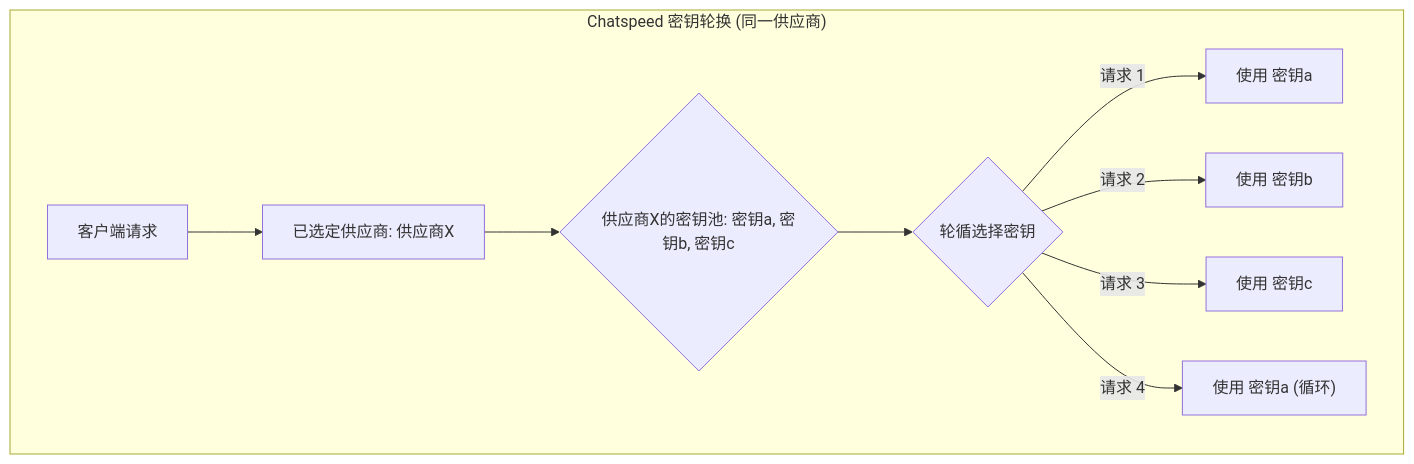
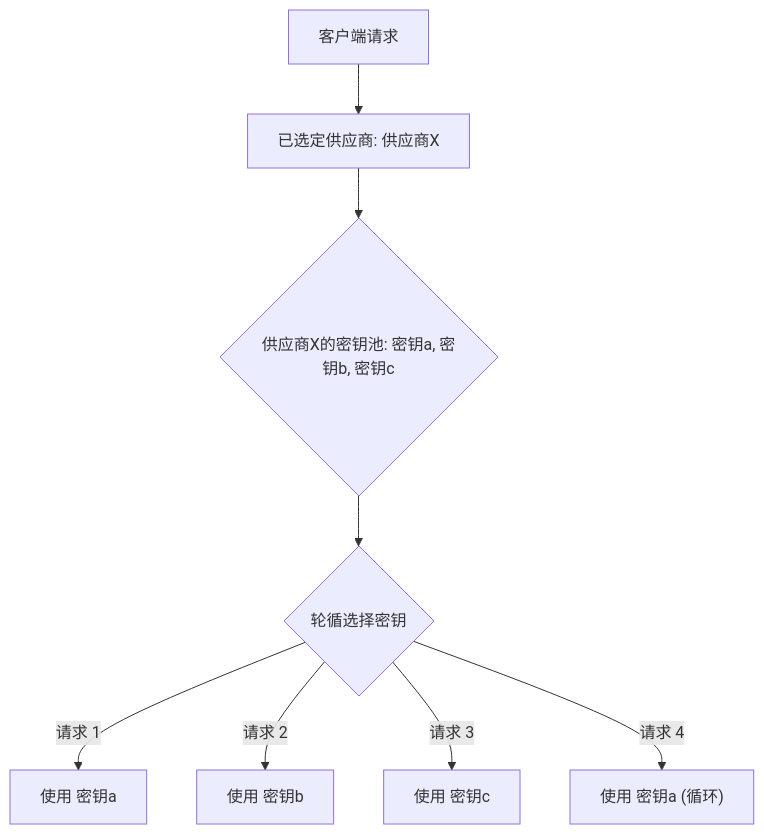
One commit to aidyou/chatspeed-docs changed the first of 2 diagrams in docs/zh/guide/features/overview.md. Above: the diagram before and after it, drawn with Mermaid. The commit also changed other lines of this file and 14 other files, not shown here.

````diff
--- a/docs/zh/guide/features/overview.md
+++ b/docs/zh/guide/features/overview.md
@@ -57,12 +61,10 @@
 ```mermaid
 graph TD
-    subgraph "Chatspeed 密钥轮换 (同一供应商)"
-        A["客户端请求"] --> B["已选定供应商: 供应商X"];
-        B --> C{"供应商X的密钥池: 密钥a, 密钥b, 密钥c"};
-        C --> D{"轮循选择密钥"};
-        D -- "请求 1" --> E["使用 密钥a"];
-        D -- "请求 2" --> F["使用 密钥b"];
-        D -- "请求 3" --> G["使用 密钥c"];
-        D -- "请求 4" --> H["使用 密钥a (循环)"];
-    end
+  A["客户端请求"] --> B["已选定供应商: 供应商X"];
+  B --> C{"供应商X的密钥池: 密钥a, 密钥b, 密钥c"};
+  C --> D{"轮循选择密钥"};
+  D -- "请求 1" --> E["使用 密钥a"];
+  D -- "请求 2" --> F["使用 密钥b"];
+  D -- "请求 3" --> G["使用 密钥c"];
+  D -- "请求 4" --> H["使用 密钥a (循环)"];
 ```
````
